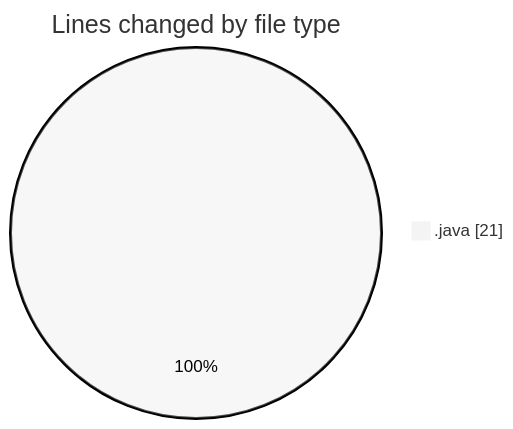
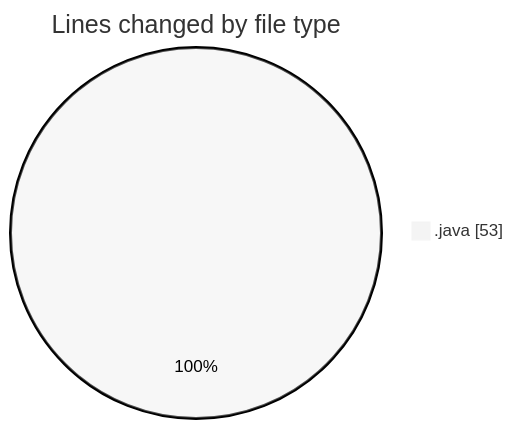
Before and after one commit to NitaiMahat/code-tracking: the first of 2 diagrams in 2025-02-15/optional_codings/README.md, drawn with Mermaid (neutral theme). The commit also changed other lines of this file and 1 other file, not shown here.

````diff
--- a/2025-02-15/optional_codings/README.md
+++ b/2025-02-15/optional_codings/README.md
@@ -21,5 +21,5 @@
 ```mermaid
 pie showData
 title Lines changed by file type
-".java" : 21
+".java" : 53
 ```
````
